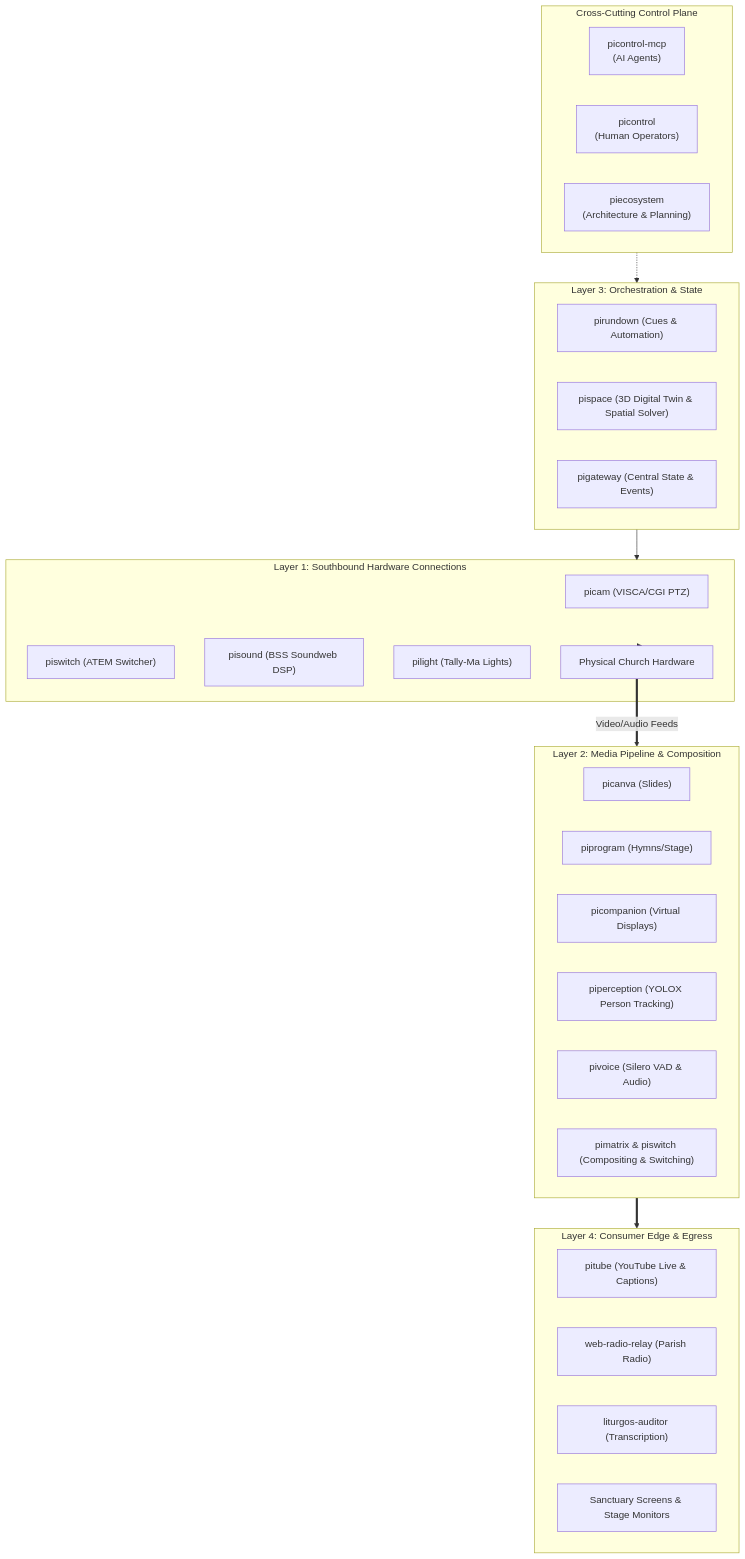
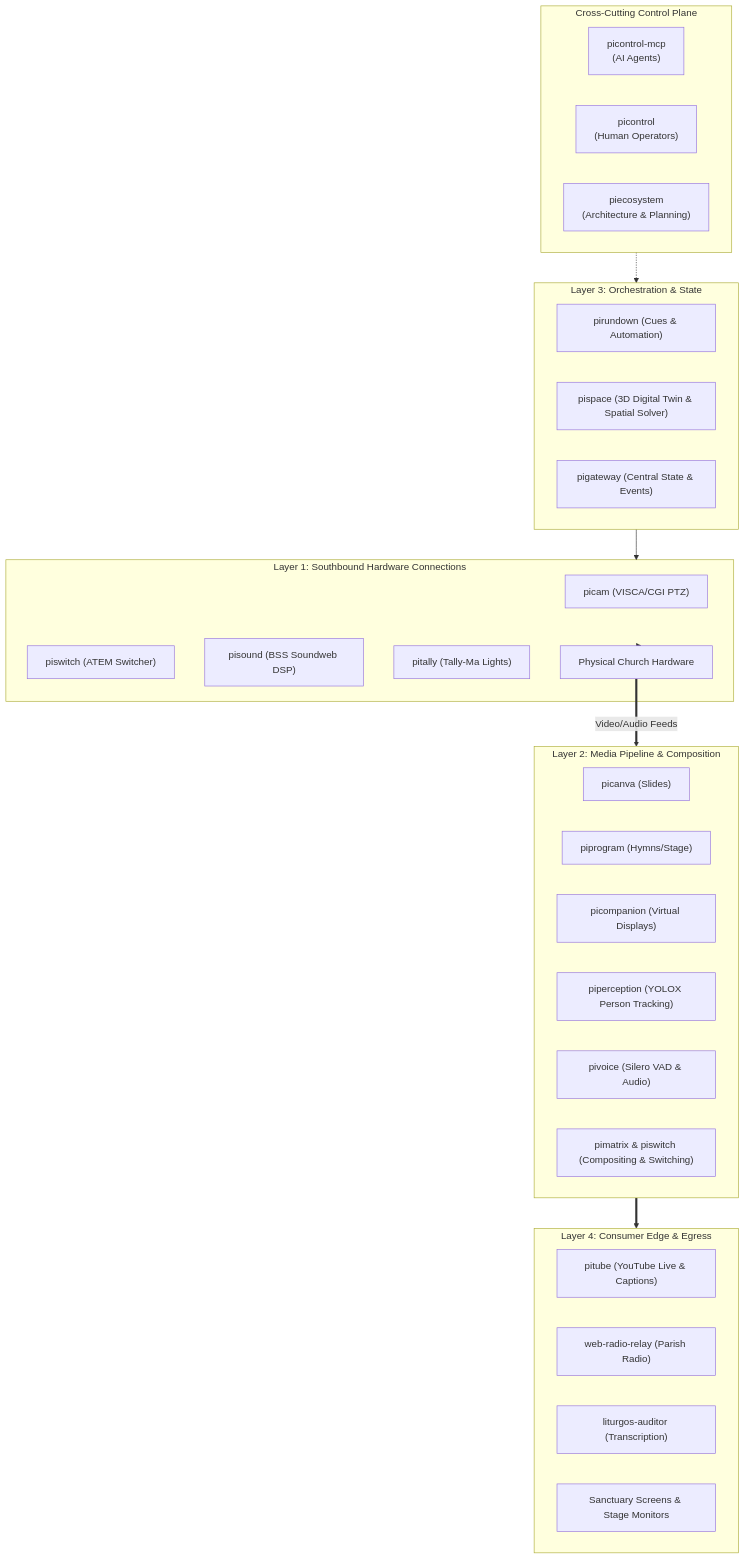
Before and after one commit to jsilvanus/piecosystem: the diagram in README.md, drawn with Mermaid. The commit also changed other lines of this file and 10 other files, not shown here.

First line of the commit message:
Rename pilight to pitally

````diff
--- a/README.md
+++ b/README.md
@@ -11,44 +11,44 @@
 ```mermaid
 graph TD
     subgraph CP["Cross-Cutting Control Plane"]
         MCP["picontrol-mcp<br/>(AI Agents)"]
         UI["picontrol<br/>(Human Operators)"]
         ECO["piecosystem<br/>(Architecture & Planning)"]
     end
 
     subgraph L3["Layer 3: Orchestration & State"]
         RUNDOWN["pirundown (Cues & Automation)"]
         SPACE["pispace (3D Digital Twin & Spatial Solver)"]
         GATEWAY["pigateway (Central State & Events)"]
     end
 
     subgraph L2["Layer 2: Media Pipeline & Composition"]
         CANVA["picanva (Slides)"]
         PGM["piprogram (Hymns/Stage)"]
         COMPANION["picompanion (Virtual Displays)"]
         PERCEPTION["piperception (YOLOX Person Tracking)"]
         VOICE["pivoice (Silero VAD & Audio)"]
         MATRIX["pimatrix & piswitch (Compositing & Switching)"]
     end
 
     subgraph L1["Layer 1: Southbound Hardware Connections"]
         PICAM["picam (VISCA/CGI PTZ)"]
         PISWITCH["piswitch (ATEM Switcher)"]
         PISOUND["pisound (BSS Soundweb DSP)"]
-        PILIGHT["pilight (Tally-Ma Lights)"]
+        PITALLY["pitally (Tally-Ma Lights)"]
         HW["Physical Church Hardware"]
     end
 
     subgraph L4["Layer 4: Consumer Edge & Egress"]
         YT["pitube (YouTube Live & Captions)"]
         RADIO["web-radio-relay (Parish Radio)"]
         AUDITOR["liturgos-auditor (Transcription)"]
         DISPLAYS["Sanctuary Screens & Stage Monitors"]
     end
 
     CP -.-> L3
     L3 --> L1
     L1 --> HW
     HW ==>|Video/Audio Feeds| L2
     L2 ==> L4
 ```
````
